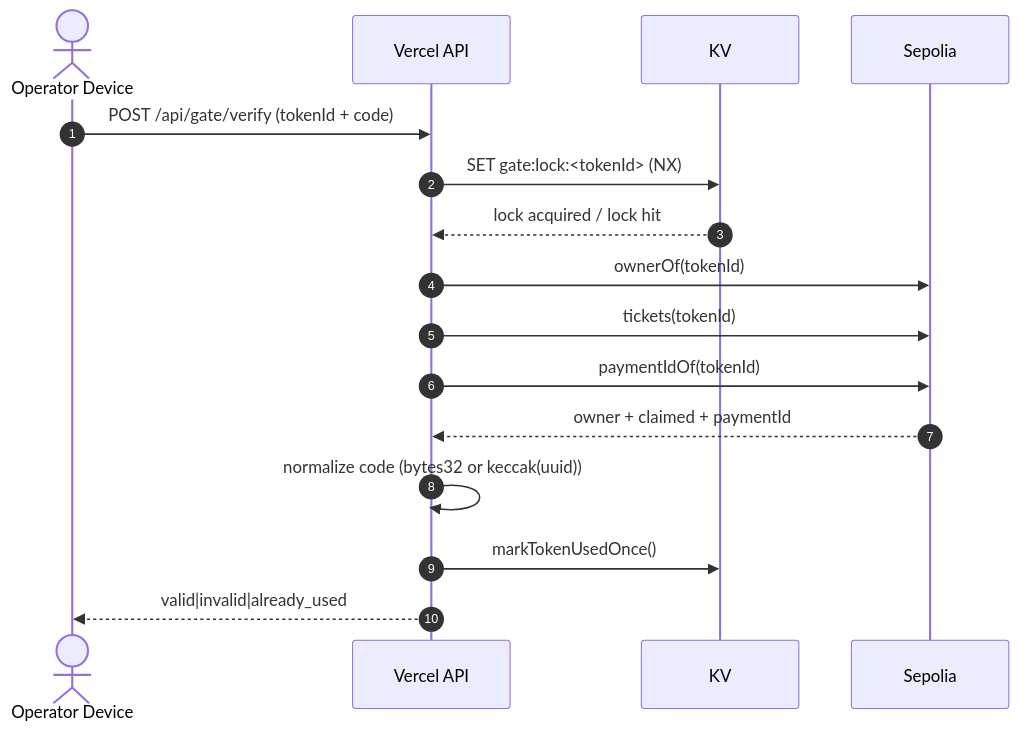
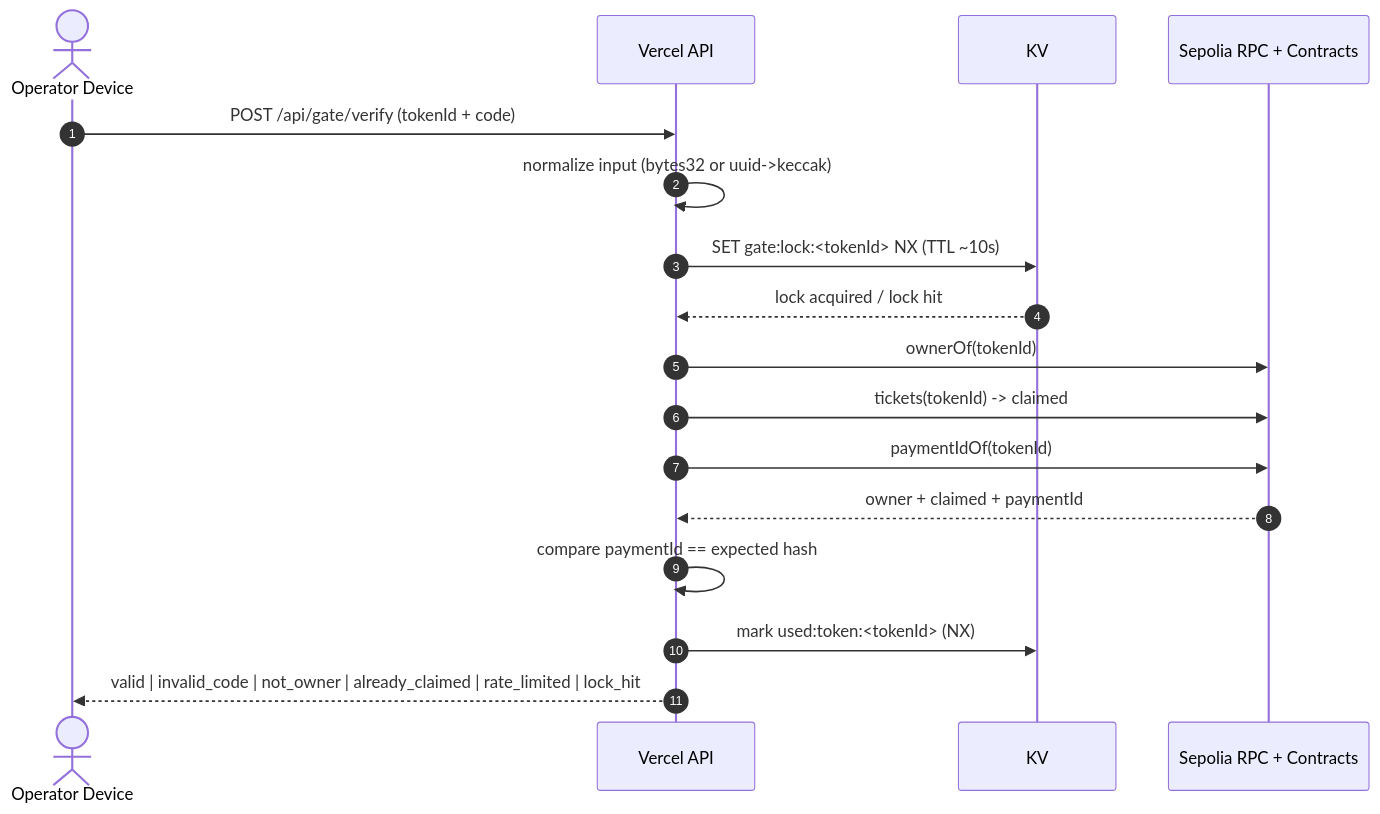
Before and after one commit to LucidDreamTR/etkinlik-konser: the third of 4 diagrams in docs/architecture.md, drawn with Mermaid. The commit also changed other lines of this file and 2 other files, not shown here.

Commit message:
docs: add final gate/claim architecture diagrams

````diff
--- a/docs/architecture.md
+++ b/docs/architecture.md
@@ -54,19 +52,20 @@
 ```mermaid
 sequenceDiagram
   autonumber
   actor Operator as Operator Device
   participant API as Vercel API
   participant KV
-  participant Sepolia
+  participant Sepolia as Sepolia RPC + Contracts
 
   Operator->>API: POST /api/gate/verify (tokenId + code)
-  API->>KV: SET gate:lock:<tokenId> (NX)
+  API->>API: normalize input (bytes32 or uuid->keccak)
+  API->>KV: SET gate:lock:<tokenId> NX (TTL ~10s)
   KV-->>API: lock acquired / lock hit
   API->>Sepolia: ownerOf(tokenId)
-  API->>Sepolia: tickets(tokenId)
+  API->>Sepolia: tickets(tokenId) -> claimed
   API->>Sepolia: paymentIdOf(tokenId)
   Sepolia-->>API: owner + claimed + paymentId
-  API->>API: normalize code (bytes32 or keccak(uuid))
-  API->>KV: markTokenUsedOnce()
-  API-->>Operator: valid|invalid|already_used
+  API->>API: compare paymentId == expected hash
+  API->>KV: mark used:token:<tokenId> (NX)
+  API-->>Operator: valid | invalid_code | not_owner | already_claimed | rate_limited | lock_hit
 ```
````
